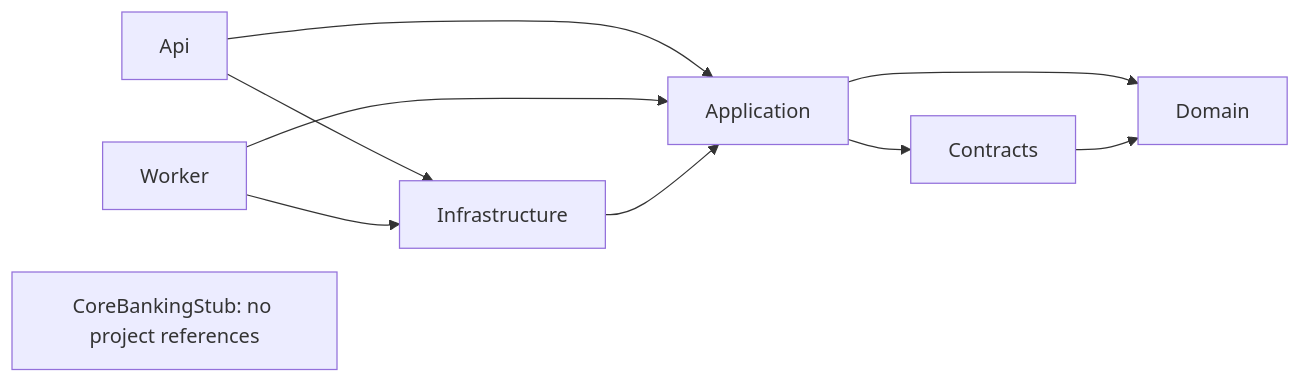
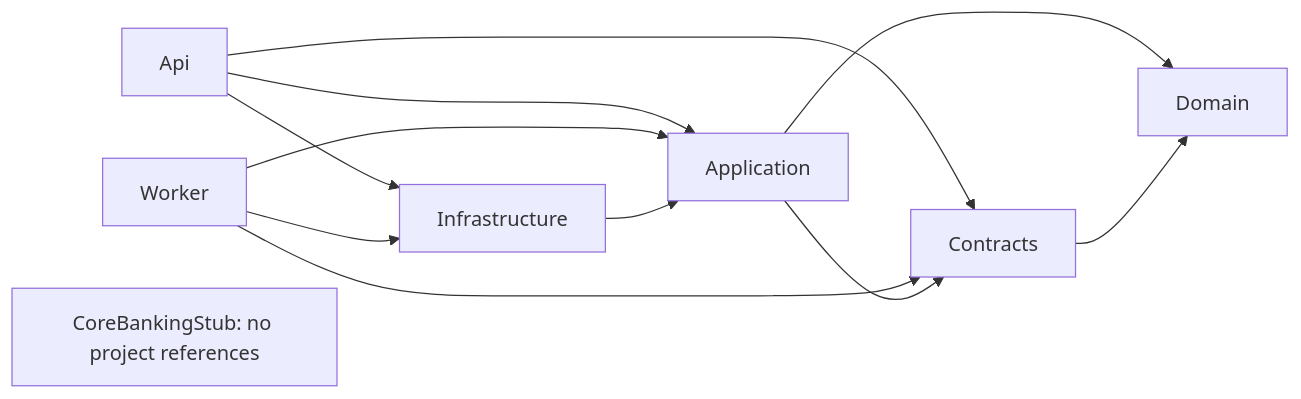
Before and after one commit to njabulozmnisi/disputedesk: the first of 5 diagrams in docs/architecture/architecture.md, drawn with Mermaid. The commit also changed other lines of this file and 15 other files, not shown here.

````diff
--- a/docs/architecture/architecture.md
+++ b/docs/architecture/architecture.md
@@ -48,12 +48,14 @@
 ```mermaid
 flowchart LR
   Api --> Application
   Api --> Infrastructure
+  Api --> Contracts
   Worker --> Application
   Worker --> Infrastructure
+  Worker --> Contracts
   Infrastructure --> Application
   Application --> Domain
   Application --> Contracts
   Contracts --> Domain
   Stub["CoreBankingStub: no project references"]
 ```
````
